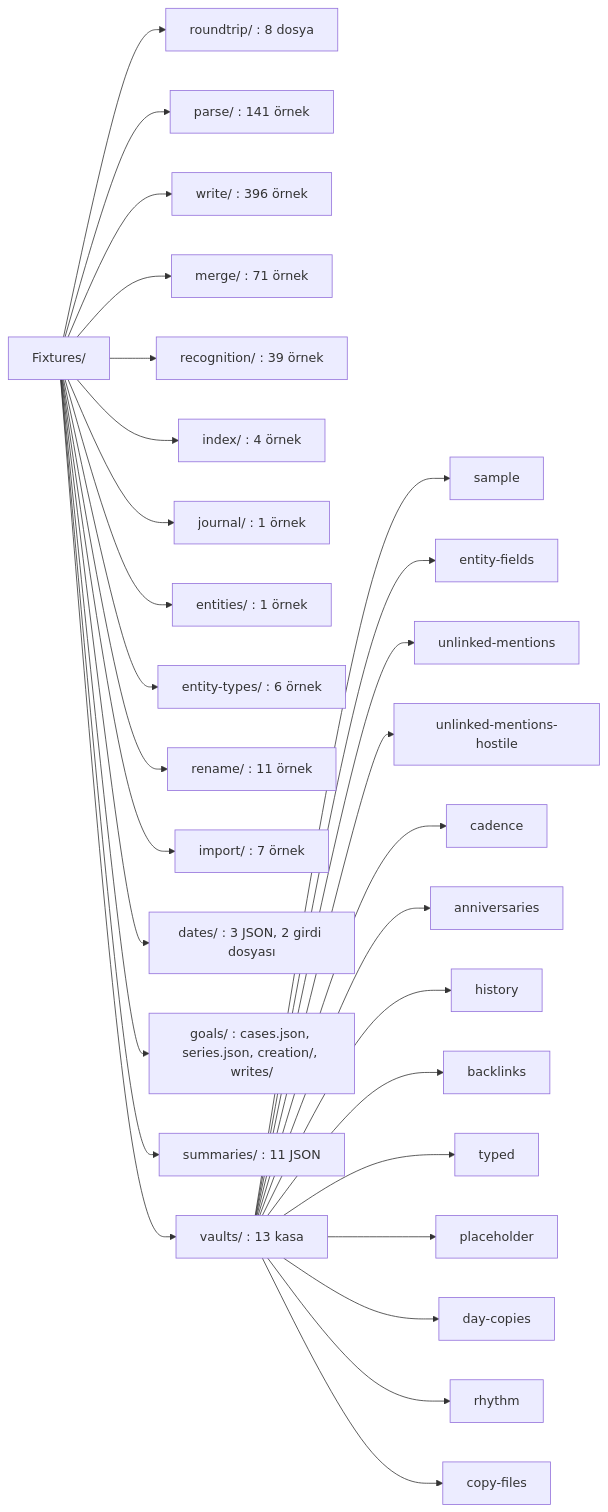
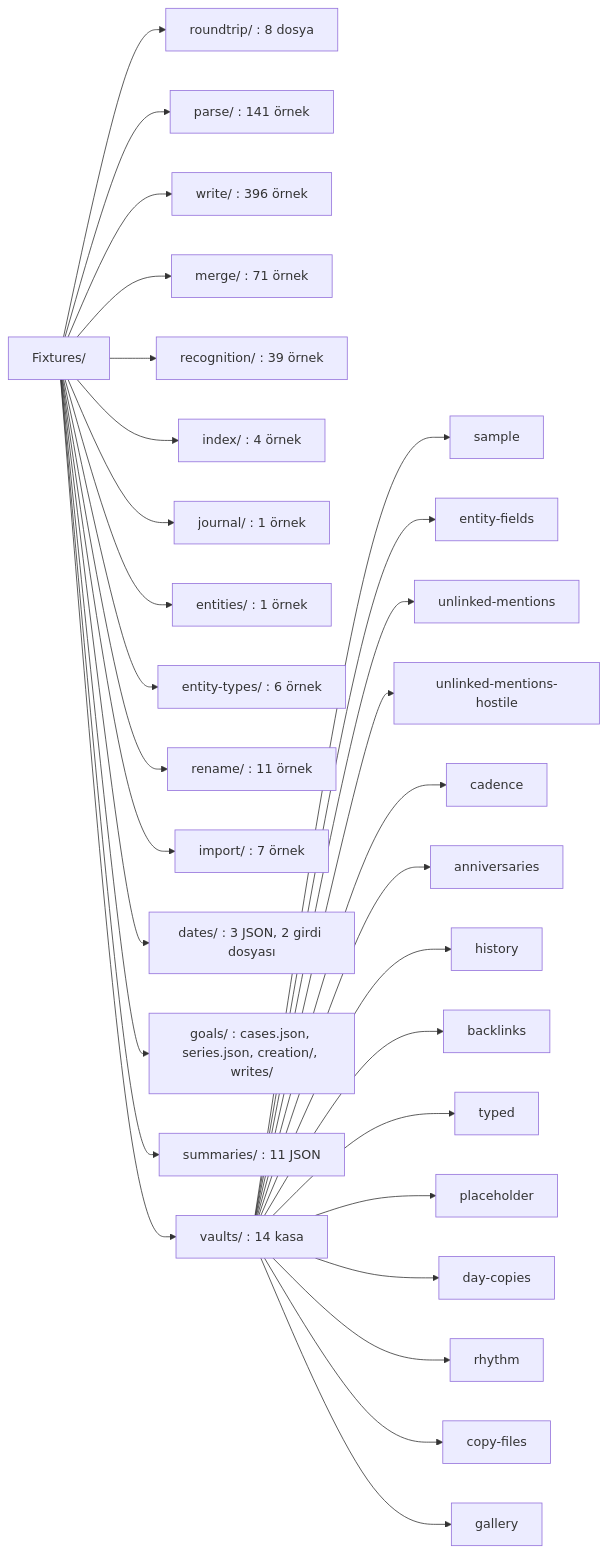
Before and after one commit to dogancanyildiz/kenet: the first of 11 diagrams in docs/fixtures.md, drawn with Mermaid. The commit also changed other lines of this file and 69 other files, not shown here.

````diff
--- a/docs/fixtures.md
+++ b/docs/fixtures.md
@@ -15,32 +15,33 @@
 ```mermaid
 flowchart LR
   F["Fixtures/"]
   F --> RT["roundtrip/ : 8 dosya"]
   F --> PA["parse/ : 141 örnek"]
   F --> WR["write/ : 396 örnek"]
   F --> ME["merge/ : 71 örnek"]
   F --> RE["recognition/ : 39 örnek"]
   F --> IX["index/ : 4 örnek"]
   F --> JO["journal/ : 1 örnek"]
   F --> EN["entities/ : 1 örnek"]
   F --> ET["entity-types/ : 6 örnek"]
   F --> RN["rename/ : 11 örnek"]
   F --> IM["import/ : 7 örnek"]
   F --> DA["dates/ : 3 JSON, 2 girdi dosyası"]
   F --> GO["goals/ : cases.json, series.json, creation/, writes/"]
   F --> SU["summaries/ : 11 JSON"]
-  F --> VA["vaults/ : 13 kasa"]
+  F --> VA["vaults/ : 14 kasa"]
   VA --> V1["sample"]
   VA --> V2["entity-fields"]
   VA --> V3["unlinked-mentions"]
   VA --> V4["unlinked-mentions-hostile"]
   VA --> V5["cadence"]
   VA --> V6["anniversaries"]
   VA --> V7["history"]
   VA --> V8["backlinks"]
   VA --> V9["typed"]
   VA --> V10["placeholder"]
   VA --> V11["day-copies"]
   VA --> V12["rhythm"]
   VA --> V13["copy-files"]
+  VA --> V14["gallery"]
 ```
````
